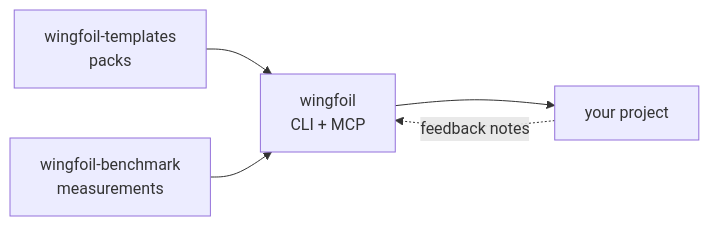
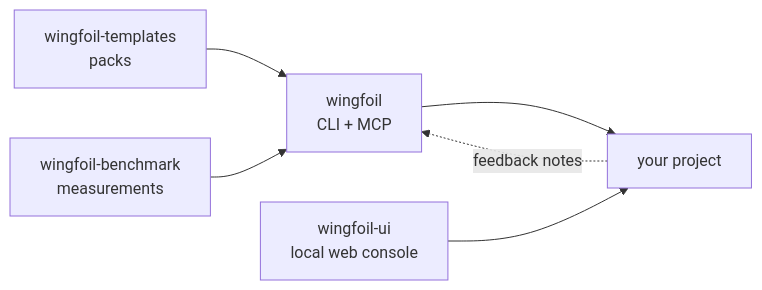
Before and after one commit to wingfoil/.github: the diagram in profile/README.md, drawn with Mermaid. The commit also changed other lines of this file and 2 other files, not shown here.

Commit message:
Profile: wingfoil-ui in the repository table, ecosystem and resources
Source: wingfoil-ui is public on GitHub (approver's decision of 2026-10-11 to keep it public and
list it). Links its README, user guide and CLI reference on main; not on npm. The release tag
will be linked once it exists on the remote.

````diff
--- a/profile/README.md
+++ b/profile/README.md
@@ -20,7 +20,8 @@
 ```mermaid
 flowchart LR
     T["wingfoil-templates<br/>packs"] --> W["wingfoil<br/>CLI + MCP"]
     W --> Y["your project"]
     B["wingfoil-benchmark<br/>measurements"] --> W
+    U["wingfoil-ui<br/>local web console"] --> Y
     Y -. "feedback notes" .-> W
 ```
````
